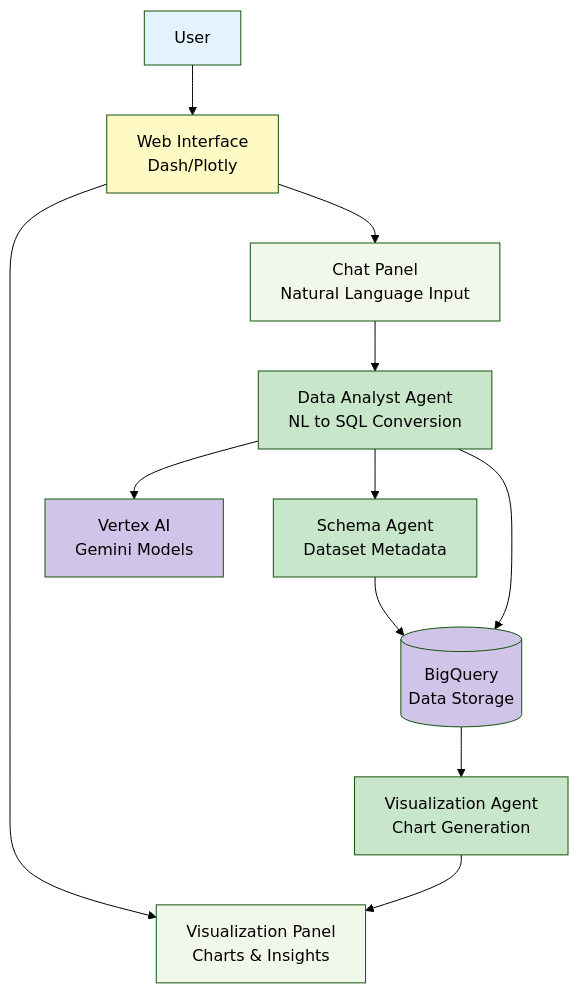
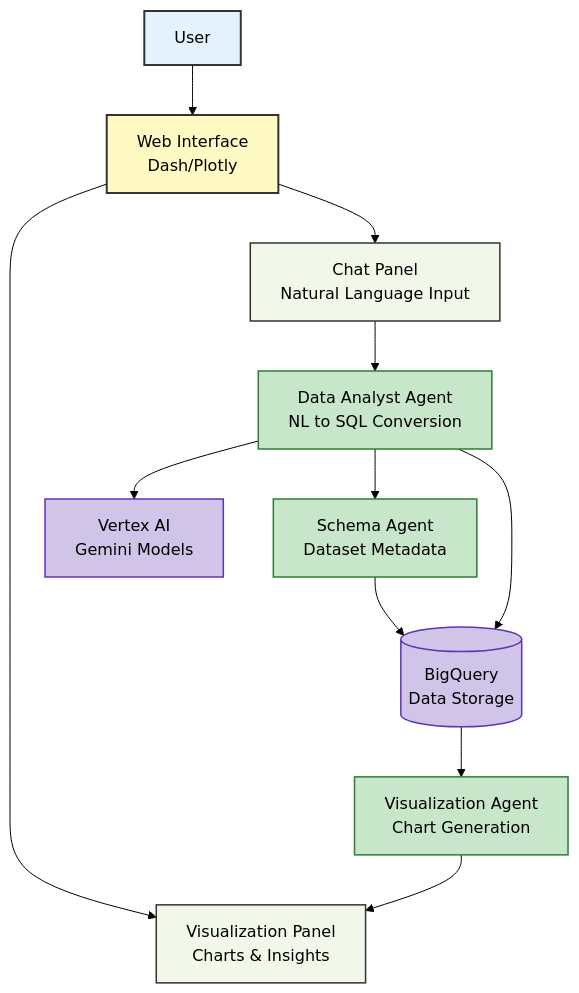
Before and after one commit to diipak/DataAgentPlatform: the diagram in ARCHITECTURE.md, drawn with Mermaid (forest theme).

Commit message:
style: Improve architecture diagram text visibility
- Added explicit black text color for all nodes
- Enhanced stroke colors and widths for better contrast
- Improved visual hierarchy with consistent styling
- Added comments for better code maintainability

````diff
--- a/ARCHITECTURE.md
+++ b/ARCHITECTURE.md
@@ -5,27 +5,28 @@
 ```mermaid
 flowchart TD
     User[User] --> WebUI[Web Interface<br/>Dash/Plotly]
     WebUI --> ChatPanel[Chat Panel<br/>Natural Language Input]
     WebUI --> VisualizationPanel[Visualization Panel<br/>Charts & Insights]
     
     ChatPanel --> DataAnalyst[Data Analyst Agent<br/>NL to SQL Conversion]
     
     DataAnalyst --> SchemaAgent[Schema Agent<br/>Dataset Metadata]
     DataAnalyst --> VertexAI[Vertex AI<br/>Gemini Models]
     
     SchemaAgent --> BigQuery[(BigQuery<br/>Data Storage)]
     DataAnalyst --> BigQuery
     
     BigQuery --> VisualizationAgent[Visualization Agent<br/>Chart Generation]
     VisualizationAgent --> VisualizationPanel
     
-    style User fill:#e3f2fd
-    style WebUI fill:#fff9c4
-    style ChatPanel fill:#f1f8e9
-    style VisualizationPanel fill:#f1f8e9
-    style DataAnalyst fill:#c8e6c9
-    style SchemaAgent fill:#c8e6c9
-    style VisualizationAgent fill:#c8e6c9
-    style VertexAI fill:#d1c4e9
-    style BigQuery fill:#d1c4e9
+    %% Styling with improved text contrast
+    style User fill:#e3f2fd,color:#000,stroke:#333,stroke-width:2px
+    style WebUI fill:#fff9c4,color:#000,stroke:#333,stroke-width:2px
+    style ChatPanel fill:#f1f8e9,color:#000,stroke:#333,stroke-width:1.5px
+    style VisualizationPanel fill:#f1f8e9,color:#000,stroke:#333,stroke-width:1.5px
+    style DataAnalyst fill:#c8e6c9,color:#000,stroke:#2e7d32,stroke-width:1.5px
+    style SchemaAgent fill:#c8e6c9,color:#000,stroke:#2e7d32,stroke-width:1.5px
+    style VisualizationAgent fill:#c8e6c9,color:#000,stroke:#2e7d32,stroke-width:1.5px
+    style VertexAI fill:#d1c4e9,color:#000,stroke:#5e35b1,stroke-width:1.5px
+    style BigQuery fill:#d1c4e9,color:#000,stroke:#5e35b1,stroke-width:1.5px
 ```
````
